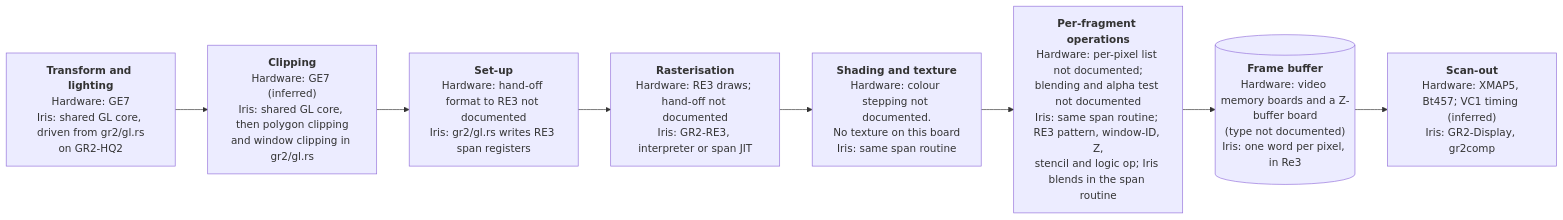
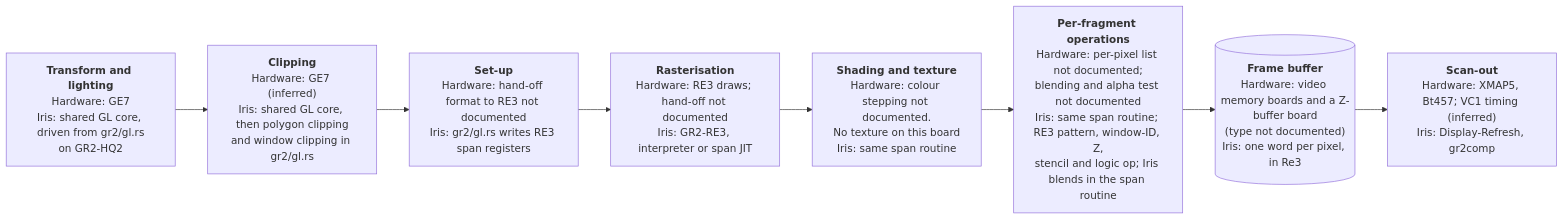
One commit to techomancer/iris changed the first of 3 diagrams in docs/graphics/gr2.md. Above: the diagram before and after it, drawn with Mermaid. The commit also changed other lines of this file and 8 other files, not shown here.

First line of the commit message:
docs: the display refresh thread

````diff
--- a/docs/graphics/gr2.md
+++ b/docs/graphics/gr2.md
@@ -25,12 +25,12 @@
 ```mermaid
 flowchart LR
   A["<b>Transform and lighting</b><br/>Hardware: GE7<br/>Iris: shared GL core, driven from gr2/gl.rs<br/>on GR2-HQ2"]
   B["<b>Clipping</b><br/>Hardware: GE7 (inferred)<br/>Iris: shared GL core, then polygon clipping<br/>and window clipping in gr2/gl.rs"]
   C["<b>Set-up</b><br/>Hardware: hand-off format to RE3 not documented<br/>Iris: gr2/gl.rs writes RE3 span registers"]
   D["<b>Rasterisation</b><br/>Hardware: RE3 draws; hand-off not documented<br/>Iris: GR2-RE3, interpreter or span JIT"]
   E["<b>Shading and texture</b><br/>Hardware: colour stepping not documented.<br/>No texture on this board<br/>Iris: same span routine"]
   G["<b>Per-fragment operations</b><br/>Hardware: per-pixel list not documented;<br/>blending and alpha test not documented<br/>Iris: same span routine; RE3 pattern, window-ID, Z,<br/>stencil and logic op; Iris blends in the span routine"]
   H[("<b>Frame buffer</b><br/>Hardware: video memory boards and a Z-buffer board<br/>(type not documented)<br/>Iris: one word per pixel, in Re3")]
-  I["<b>Scan-out</b><br/>Hardware: XMAP5, Bt457; VC1 timing (inferred)<br/>Iris: GR2-Display, gr2comp"]
+  I["<b>Scan-out</b><br/>Hardware: XMAP5, Bt457; VC1 timing (inferred)<br/>Iris: Display-Refresh, gr2comp"]
   A --> B --> C --> D --> E --> G --> H --> I
 ```
````
